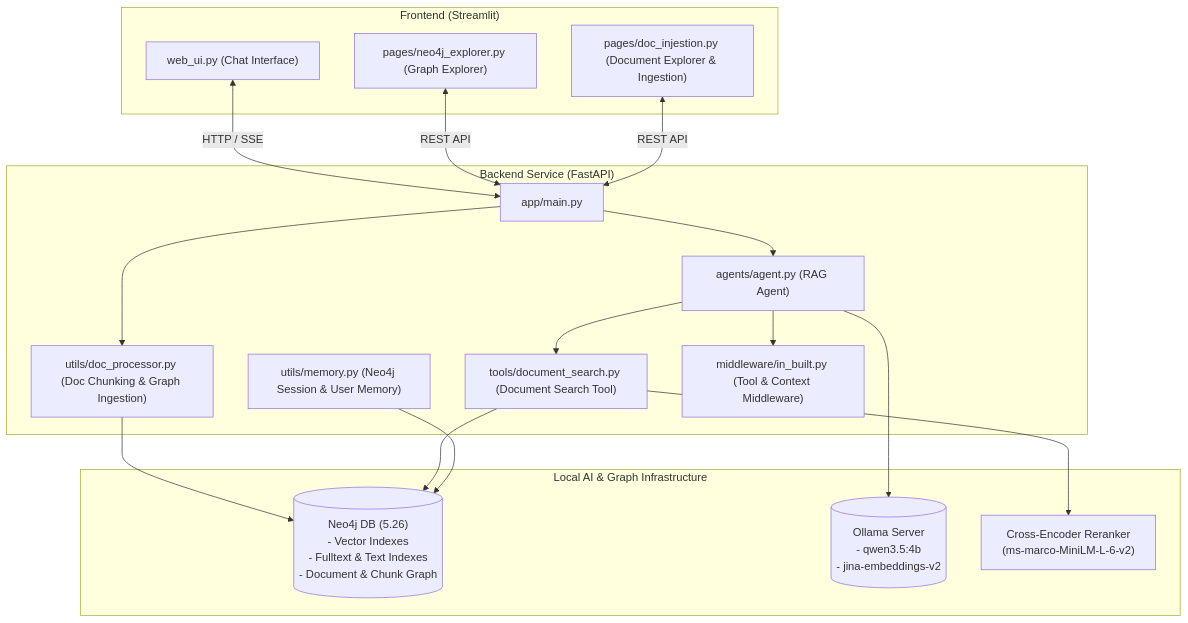
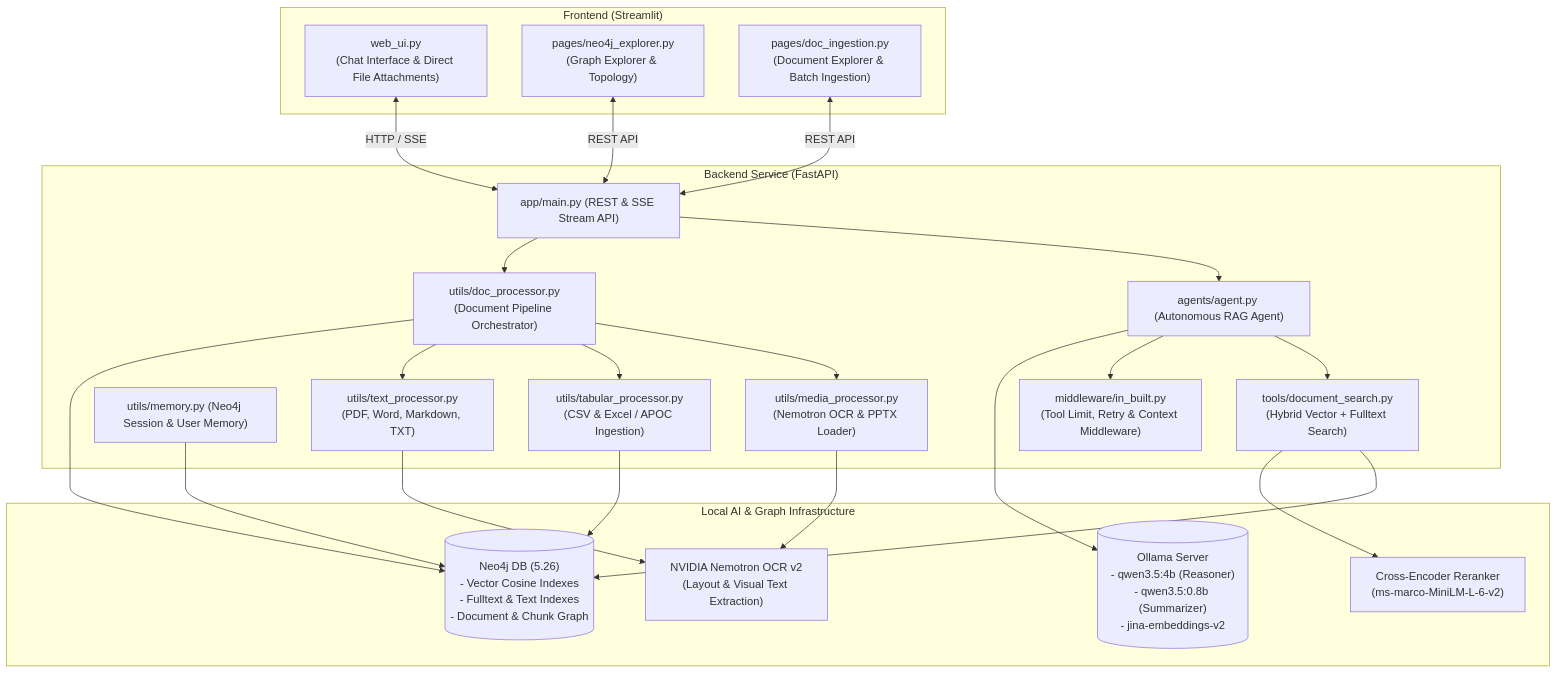
One commit to Lollimerd/Lolly-RAG changed the diagram in README.md. Above: the diagram before and after it, drawn with Mermaid. The commit also changed other lines of this file, not shown here.

````diff
--- a/README.md
+++ b/README.md
@@ -9,37 +9,49 @@
 ```mermaid
 flowchart TD
     subgraph UI ["Frontend (Streamlit)"]
-        WebUI["web_ui.py (Chat Interface)"]
-        Explorer["pages/neo4j_explorer.py (Graph Explorer)"]
-        DocIngestion["pages/doc_injestion.py (Document Explorer & Ingestion)"]
+        WebUI["web_ui.py\n(Chat Interface & Direct File Attachments)"]
+        Explorer["pages/neo4j_explorer.py\n(Graph Explorer & Topology)"]
+        DocIngestion["pages/doc_ingestion.py\n(Document Explorer & Batch Ingestion)"]
     end
 
     subgraph Backend ["Backend Service (FastAPI)"]
-        API["app/main.py"]
-        Agent["agents/agent.py (RAG Agent)"]
-        Tools["tools/document_search.py (Document Search Tool)"]
+        API["app/main.py (REST & SSE Stream API)"]
+        Agent["agents/agent.py (Autonomous RAG Agent)"]
+        Tools["tools/document_search.py\n(Hybrid Vector + Fulltext Search)"]
         Memory["utils/memory.py (Neo4j Session & User Memory)"]
-        DocProc["utils/doc_processor.py (Doc Chunking & Graph Ingestion)"]
-        Middleware["middleware/in_built.py (Tool & Context Middleware)"]
+        DocProc["utils/doc_processor.py\n(Document Pipeline Orchestrator)"]
+        MediaProc["utils/media_processor.py\n(Nemotron OCR & PPTX Loader)"]
+        TabularProc["utils/tabular_processor.py\n(CSV & Excel / APOC Ingestion)"]
+        TextProc["utils/text_processor.py\n(PDF, Word, Markdown, TXT)"]
+        Middleware["middleware/in_built.py\n(Tool Limit, Retry & Context Middleware)"]
     end
 
     subgraph Infrastructure ["Local AI & Graph Infrastructure"]
-        Neo4j[("Neo4j DB (5.26)\n- Vector Indexes\n- Fulltext & Text Indexes\n- Document & Chunk Graph")]
-        Ollama[("Ollama Server\n- qwen3.5:4b\n- jina-embeddings-v2")]
+        Neo4j[("Neo4j DB (5.26)\n- Vector Cosine Indexes\n- Fulltext & Text Indexes\n- Document & Chunk Graph")]
+        Ollama[("Ollama Server\n- qwen3.5:4b (Reasoner)\n- qwen3.5:0.8b (Summarizer)\n- jina-embeddings-v2")]
         Reranker["Cross-Encoder Reranker\n(ms-marco-MiniLM-L-6-v2)"]
+        OCR["NVIDIA Nemotron OCR v2\n(Layout & Visual Text Extraction)"]
     end
 
     WebUI <-->|HTTP / SSE| API
     Explorer <-->|REST API| API
     DocIngestion <-->|REST API| API
 
     API --> Agent
     API --> DocProc
+    DocProc --> MediaProc
+    DocProc --> TabularProc
+    DocProc --> TextProc
+    MediaProc --> OCR
+    TextProc --> OCR
+
     DocProc --> Neo4j
+    TabularProc --> Neo4j
+
     Agent --> Tools
     Agent --> Middleware
     Tools --> Neo4j
     Tools --> Reranker
     Agent --> Ollama
     Memory --> Neo4j
 ```
````
